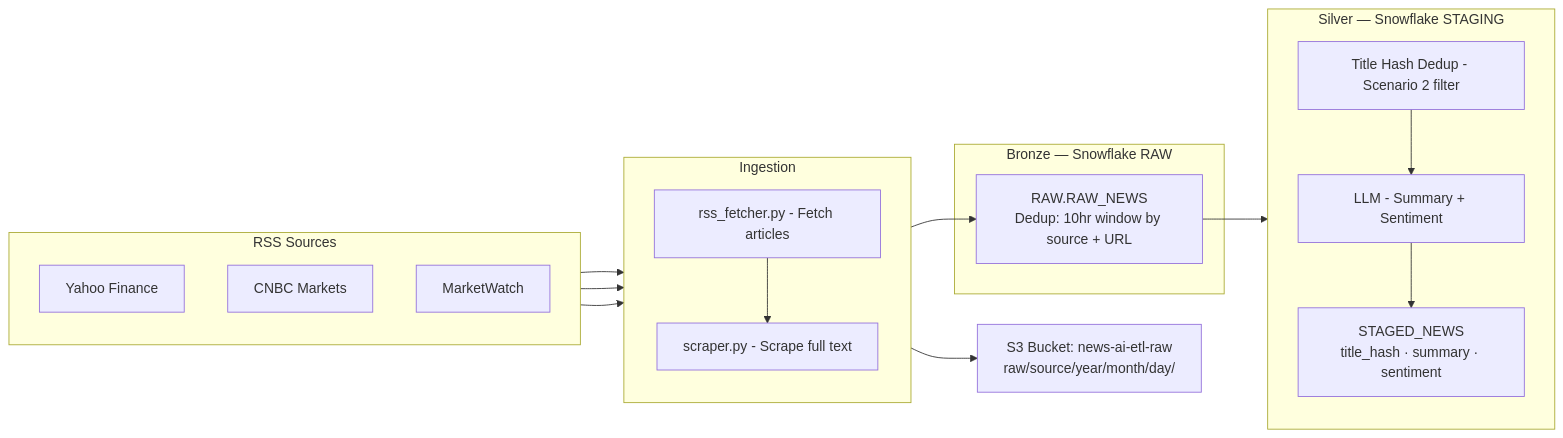
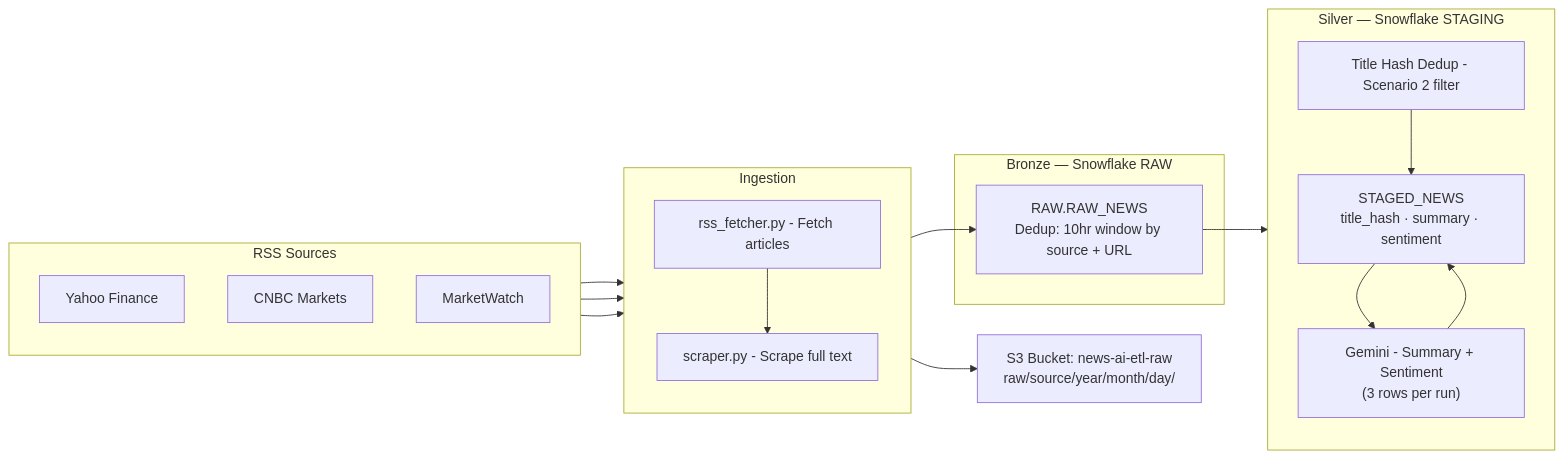
One commit to abdulmujeebali9272-code/Airflow-Project-2---News-AI-ETL-Project changed the diagram in README.md. Above: the diagram before and after it, drawn with Mermaid. The commit also changed other lines of this file and 4 other files, not shown here.

First line of the commit message:
feat: add Gemini-powered summary + sentiment enrichment for silver layer

````diff
--- a/README.md
+++ b/README.md
@@ -9,39 +9,40 @@
 ```mermaid
 flowchart LR
 
     subgraph SRC["RSS Sources"]
         direction TB
         Y["Yahoo Finance"]
         C["CNBC Markets"]
         MW["MarketWatch"]
     end
 
     subgraph ING["Ingestion"]
         direction TB
         F["rss_fetcher.py - Fetch articles"]
         SC["scraper.py - Scrape full text"]
     end
 
     S3["S3 Bucket: news-ai-etl-raw\nraw/source/year/month/day/"]
 
     subgraph BRONZE["Bronze — Snowflake RAW"]
         B["RAW.RAW_NEWS\nDedup: 10hr window by source + URL"]
     end
 
     subgraph SILVER["Silver — Snowflake STAGING"]
         direction TB
         D["Title Hash Dedup - Scenario 2 filter"]
-        LLM["LLM - Summary + Sentiment"]
+        LLM["Gemini - Summary + Sentiment\n(3 rows per run)"]
         SN["STAGED_NEWS\ntitle_hash · summary · sentiment"]
     end
 
     Y --> F
     C --> F
     MW --> F
     F --> SC
     SC --> S3
     SC --> B
     B --> D
-    D --> LLM
+    D --> SN
+    SN --> LLM
     LLM --> SN
 ```
````
